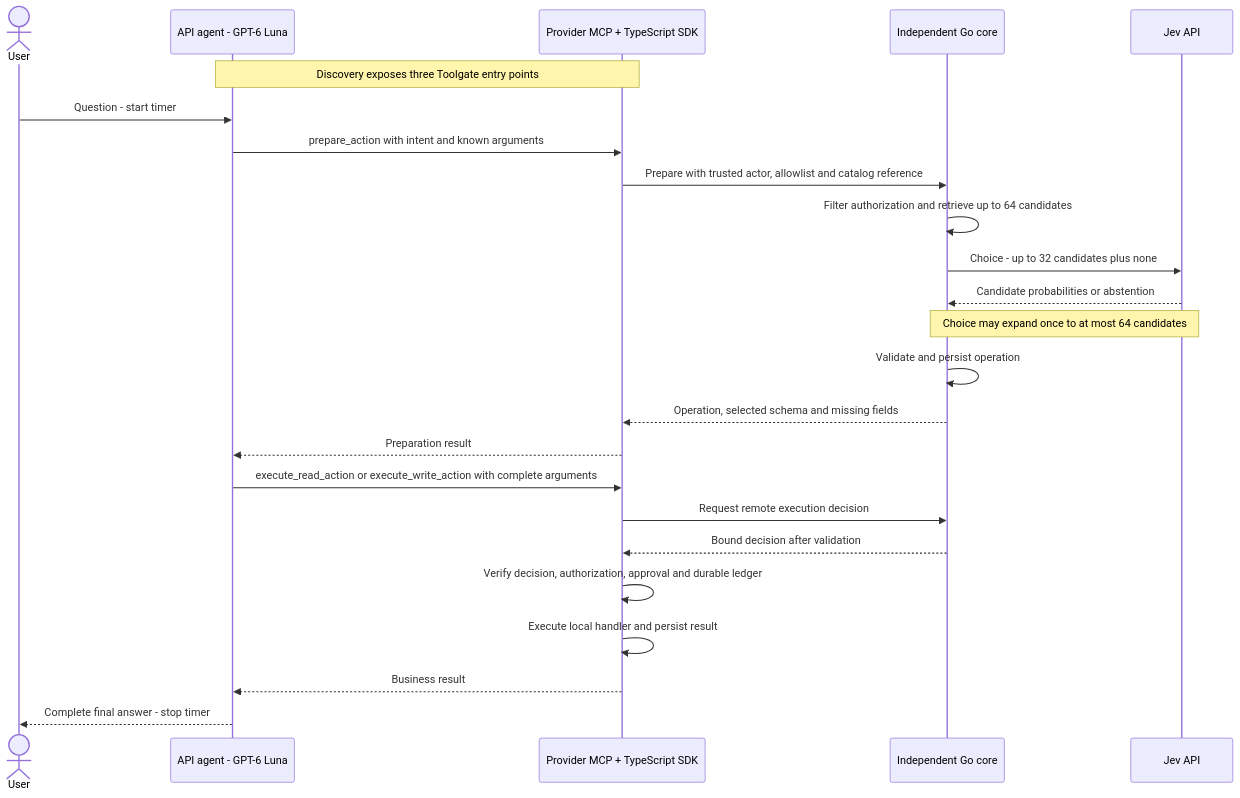
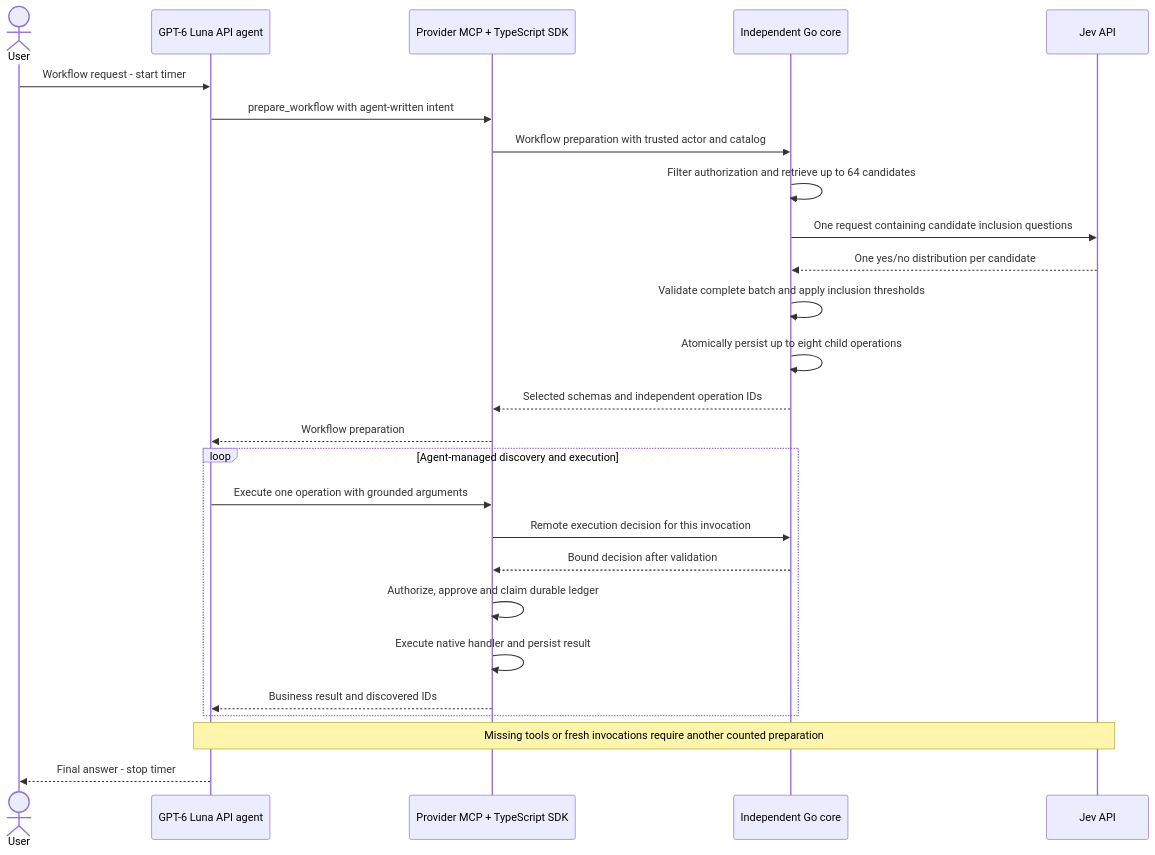
One commit to diorrego/toolgate-experiment changed the second of 4 diagrams in README.md. Above: the diagram before and after it, drawn with Mermaid. The commit also changed other lines of this file and 63 other files, not shown here.

````diff
--- a/README.md
+++ b/README.md
@@ -119,26 +163,28 @@
 ```mermaid
 sequenceDiagram
     actor U as User
-    participant A as API agent - GPT-6 Luna
+    participant A as GPT-6 Luna API agent
     participant P as Provider MCP + TypeScript SDK
     participant C as Independent Go core
     participant J as Jev API
-    Note over A,P: Discovery exposes three Toolgate entry points
-    U->>A: Question - start timer
-    A->>P: prepare_action with intent and known arguments
-    P->>C: Prepare with trusted actor, allowlist and catalog reference
+    U->>A: Workflow request - start timer
+    A->>P: prepare_workflow with agent-written intent
+    P->>C: Workflow preparation with trusted actor and catalog
     C->>C: Filter authorization and retrieve up to 64 candidates
-    C->>J: Choice - up to 32 candidates plus none
-    J-->>C: Candidate probabilities or abstention
-    Note over C,J: Choice may expand once to at most 64 candidates
-    C->>C: Validate and persist operation
-    C-->>P: Operation, selected schema and missing fields
-    P-->>A: Preparation result
-    A->>P: execute_read_action or execute_write_action with complete arguments
-    P->>C: Request remote execution decision
-    C-->>P: Bound decision after validation
-    P->>P: Verify decision, authorization, approval and durable ledger
-    P->>P: Execute local handler and persist result
-    P-->>A: Business result
-    A-->>U: Complete final answer - stop timer
+    C->>J: One request containing candidate inclusion questions
+    J-->>C: One yes/no distribution per candidate
+    C->>C: Validate complete batch and apply inclusion thresholds
+    C->>C: Atomically persist up to eight child operations
+    C-->>P: Selected schemas and independent operation IDs
+    P-->>A: Workflow preparation
+    loop Agent-managed discovery and execution
+        A->>P: Execute one operation with grounded arguments
+        P->>C: Remote execution decision for this invocation
+        C-->>P: Bound decision after validation
+        P->>P: Authorize, approve and claim durable ledger
+        P->>P: Execute native handler and persist result
+        P-->>A: Business result and discovered IDs
+    end
+    Note over A,J: Missing tools or fresh invocations require another counted preparation
+    A-->>U: Final answer - stop timer
 ```
````
